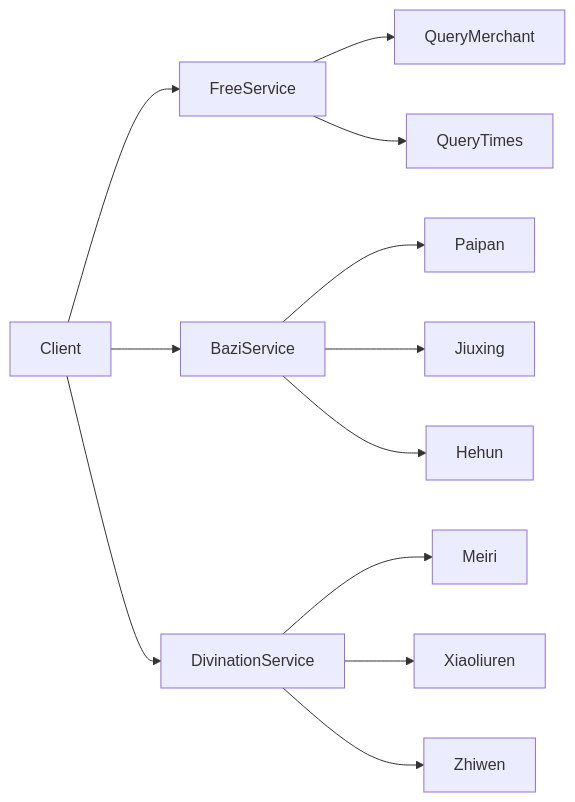
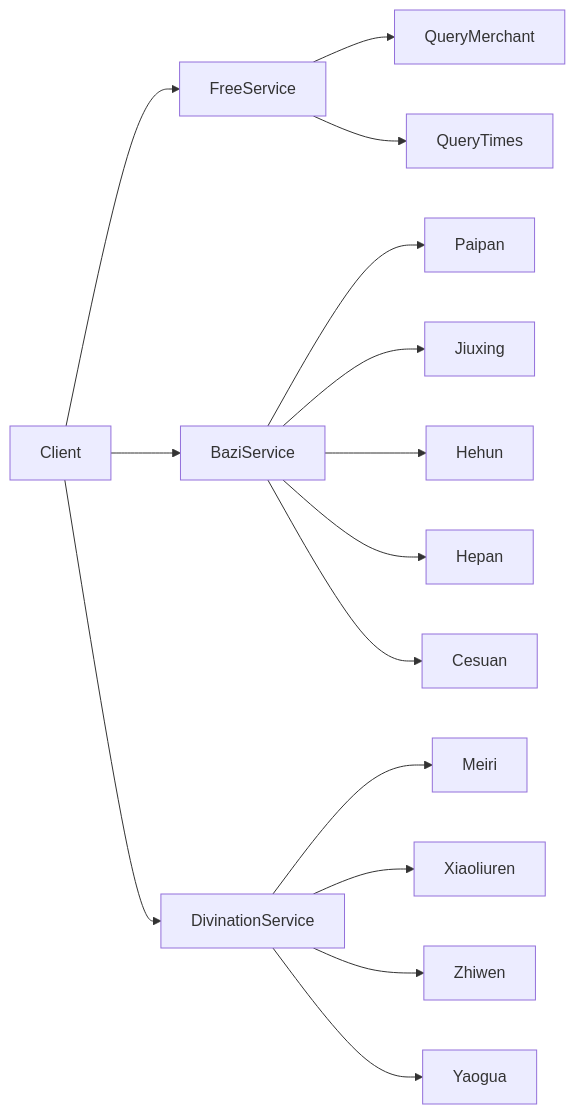
Before and after one commit to Scorpio69t/yuanfenju-go-sdk: the first of 2 diagrams in README.md, drawn with Mermaid. The commit also changed other lines of this file and 6 other files, not shown here.

Commit message:
feat: add typed hepan/cesuan/yaogua services with validation and tests

````diff
--- a/README.md
+++ b/README.md
@@ -58,17 +58,20 @@
 ```mermaid
 flowchart LR
     A[Client] --> B[FreeService]
     A --> C[BaziService]
     A --> D[DivinationService]
 
     B --> B1[QueryMerchant]
     B --> B2[QueryTimes]
 
     C --> C1[Paipan]
     C --> C2[Jiuxing]
     C --> C3[Hehun]
+    C --> C4[Hepan]
+    C --> C5[Cesuan]
 
     D --> D1[Meiri]
     D --> D2[Xiaoliuren]
     D --> D3[Zhiwen]
+    D --> D4[Yaogua]
 ```
````
